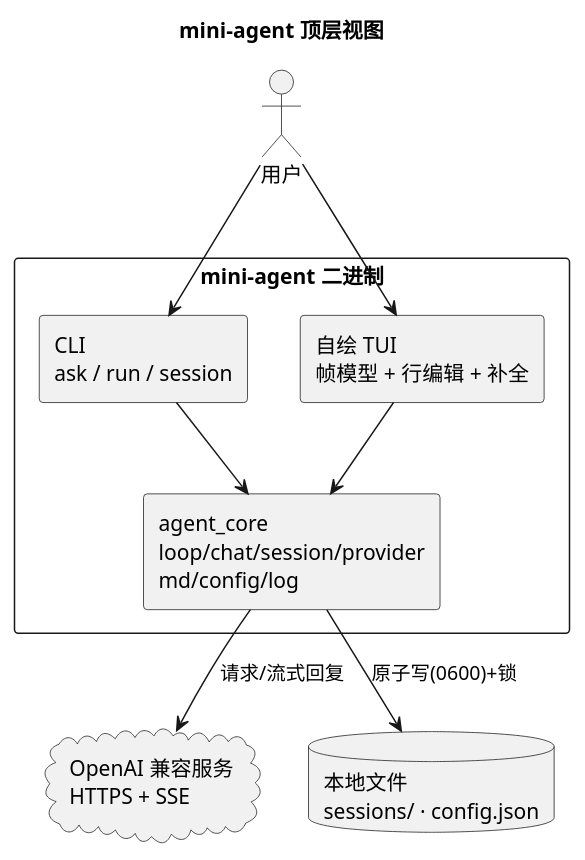
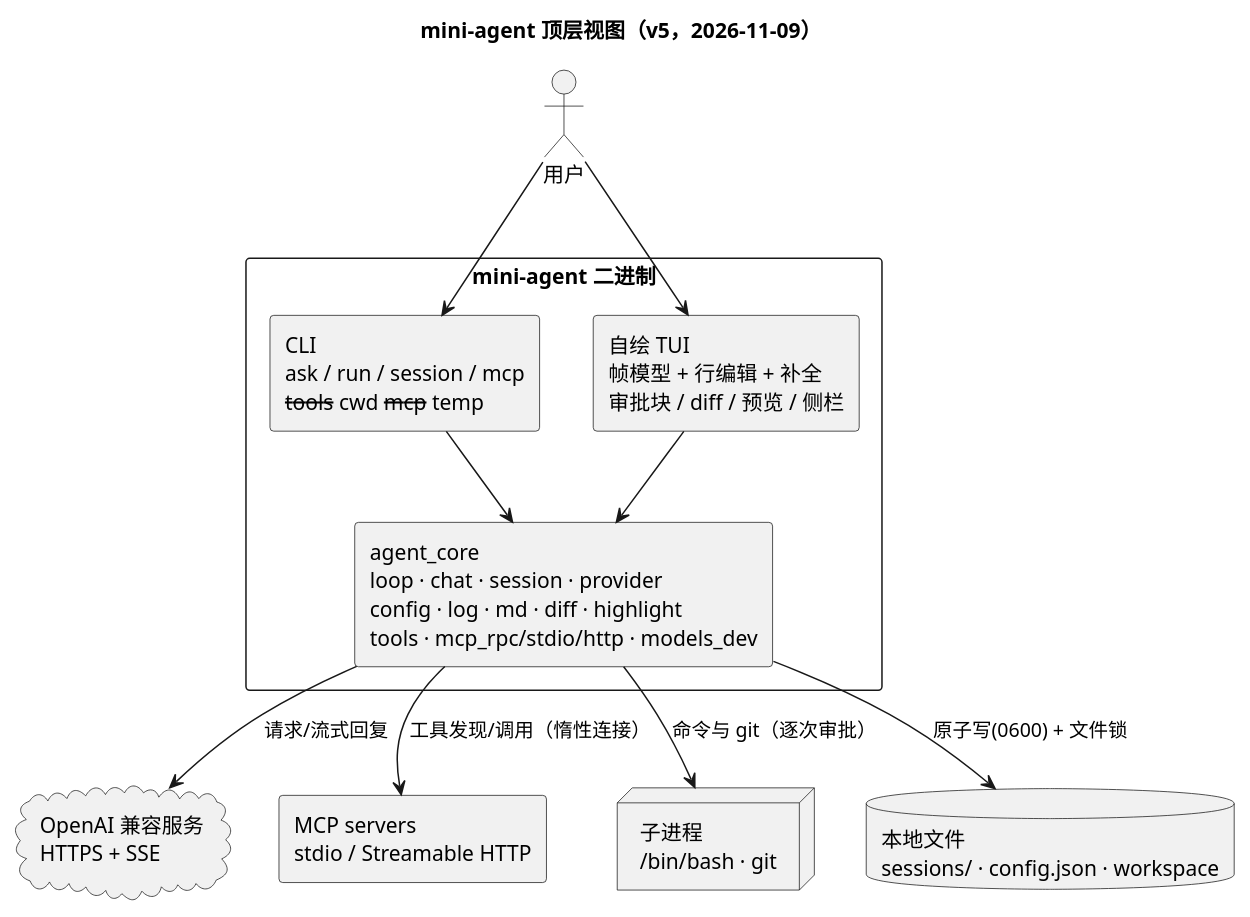
Before and after one commit to Lethe-cc/mini-agent: the diagram in README.md, drawn with PlantUML. The commit also changed other lines of this file and 1 other file, not shown here.

````diff
--- a/README.md
+++ b/README.md
@@ -11,22 +25,26 @@
 ```plantuml
 @startuml mini-agent-overview
 skinparam componentStyle rectangle
-title mini-agent 顶层视图
+title mini-agent 顶层视图（v5，2026-11-09）
 
 actor 用户 as U
 rectangle "mini-agent 二进制" as BIN {
-  rectangle "CLI\nask / run / session" as CLI
-  rectangle "自绘 TUI\n帧模型 + 行编辑 + 补全" as TUI
-  rectangle "agent_core\nloop/chat/session/provider\nmd/config/log" as CORE
+  rectangle "CLI\nask / run / session / mcp\n--tools --cwd --mcp --temp" as CLI
+  rectangle "自绘 TUI\n帧模型 + 行编辑 + 补全\n审批块 / diff / 预览 / 侧栏" as TUI
+  rectangle "agent_core\nloop · chat · session · provider\nconfig · log · md · diff · highlight\ntools · mcp_rpc/stdio/http · models_dev" as CORE
 }
 cloud "OpenAI 兼容服务\nHTTPS + SSE" as LLM
-database "本地文件\nsessions/ · config.json" as FS
+rectangle "MCP servers\nstdio / Streamable HTTP" as MCP
+node "子进程\n/bin/bash · git" as SUB
+database "本地文件\nsessions/ · config.json · workspace" as FS
 
 U --> CLI
 U --> TUI
 CLI --> CORE
 TUI --> CORE
 CORE --> LLM : 请求/流式回复
-CORE --> FS : 原子写(0600)+锁
+CORE --> MCP : 工具发现/调用（惰性连接）
+CORE --> SUB : 命令与 git（逐次审批）
+CORE --> FS : 原子写(0600) + 文件锁
 @enduml
 ```
````
